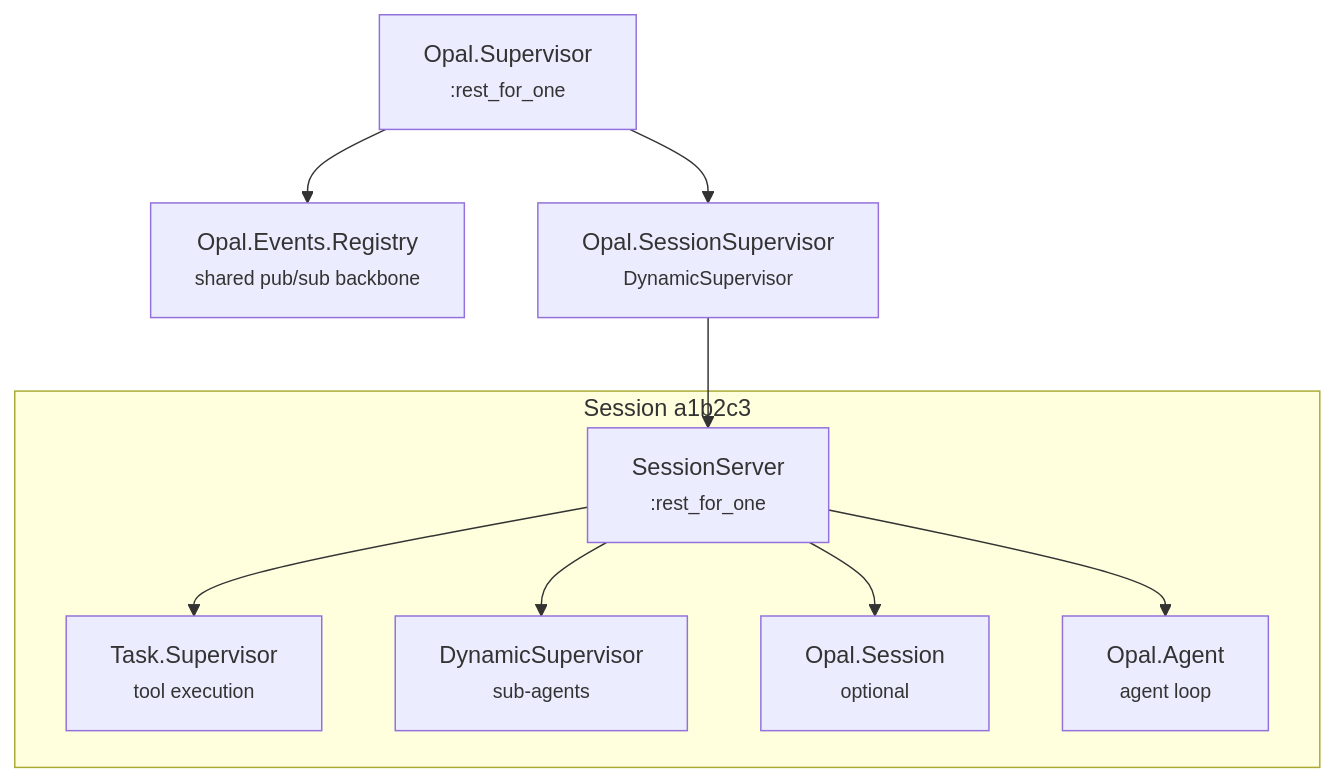
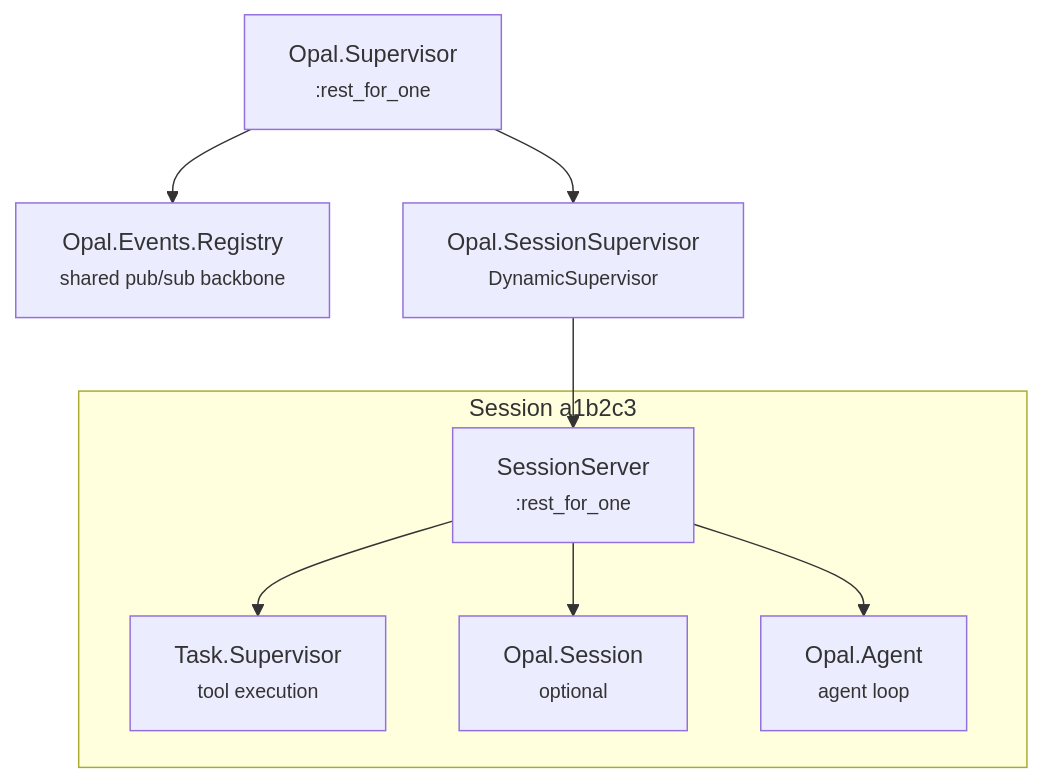
One commit to matteing/opal changed the first of 2 diagrams in docs/index.md. Above: the diagram before and after it, drawn with Mermaid. The commit also changed other lines of this file and 65 other files, not shown here.

````diff
--- a/docs/index.md
+++ b/docs/index.md
@@ -9,22 +9,20 @@
 ```mermaid
 graph TD
     Sup["Opal.Supervisor<br/><small>:rest_for_one</small>"]
     Reg["Opal.Events.Registry<br/><small>shared pub/sub backbone</small>"]
     DSup["Opal.SessionSupervisor<br/><small>DynamicSupervisor</small>"]
     Sup --> Reg
     Sup --> DSup
 
     subgraph s1["Session a1b2c3"]
         SS1["SessionServer<br/><small>:rest_for_one</small>"]
         TS1["Task.Supervisor<br/><small>tool execution</small>"]
-        DS1["DynamicSupervisor<br/><small>sub-agents</small>"]
         Se1["Opal.Session<br/><small>optional</small>"]
         Ag1["Opal.Agent<br/><small>agent loop</small>"]
         SS1 --> TS1
-        SS1 --> DS1
         SS1 --> Se1
         SS1 --> Ag1
     end
 
     DSup --> SS1
 ```
````
